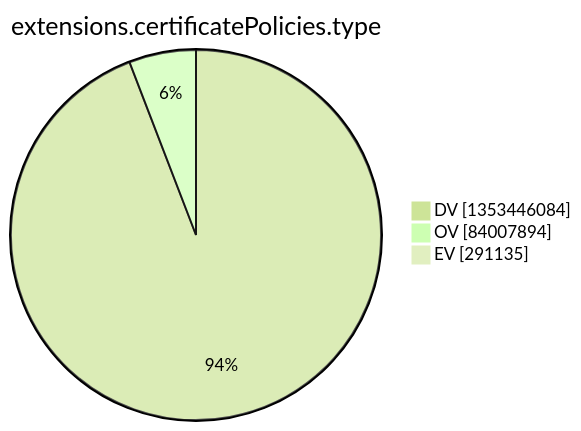
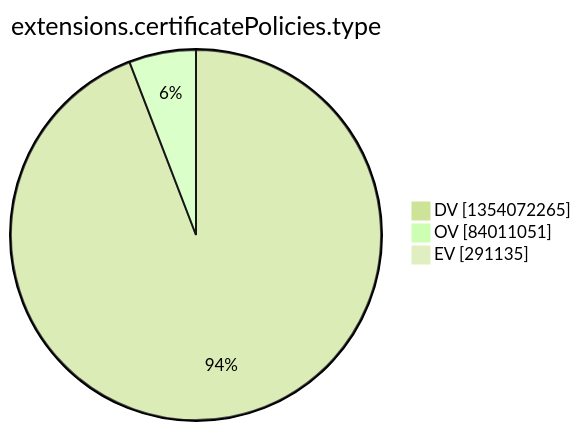
One commit to christiankrug/ctmonitor_visualization changed the tenth of 15 diagrams in argon2022/README.md. Above: the diagram before and after it, drawn with Mermaid (forest theme). The commit also changed other lines of this file, not shown here.

````diff
--- a/argon2022/README.md
+++ b/argon2022/README.md
@@ -2773,7 +2773,7 @@
 ```mermaid
 pie showData
 title extensions.certificatePolicies.type
-"DV" :1353446084
-"OV" :84007894
+"DV" :1354072265
+"OV" :84011051
 "EV" :291135
 ```
````
